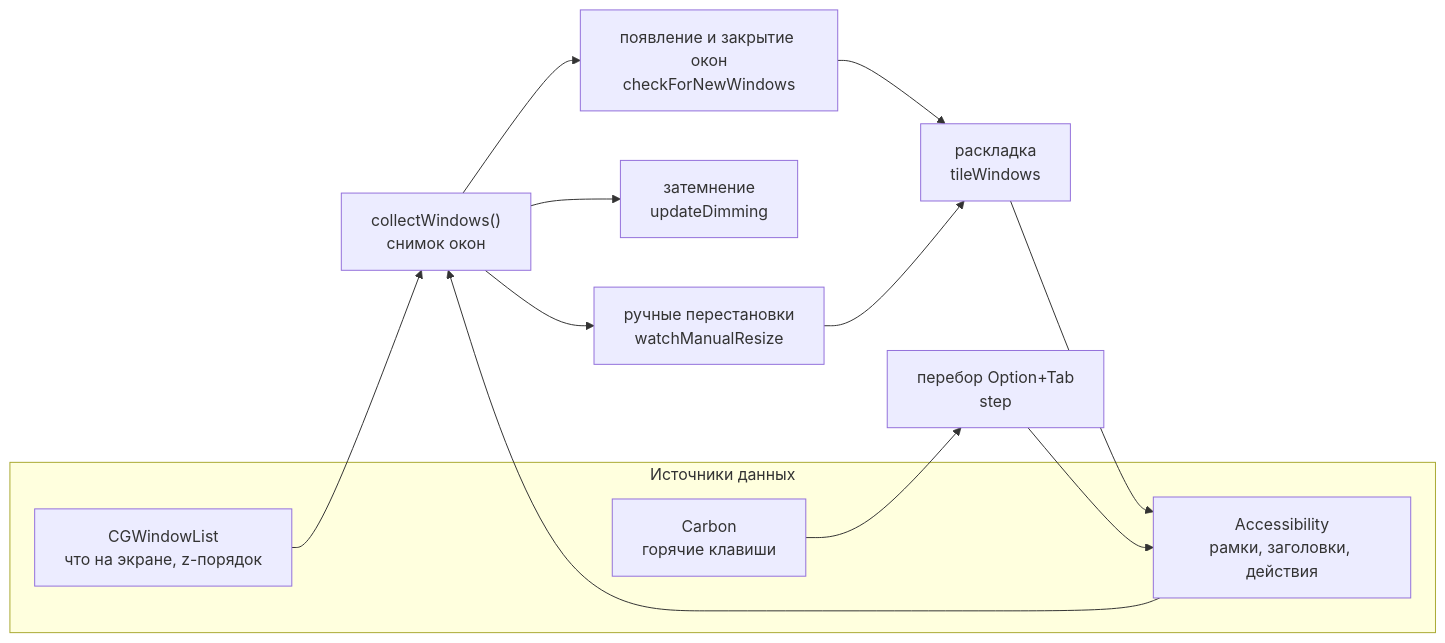
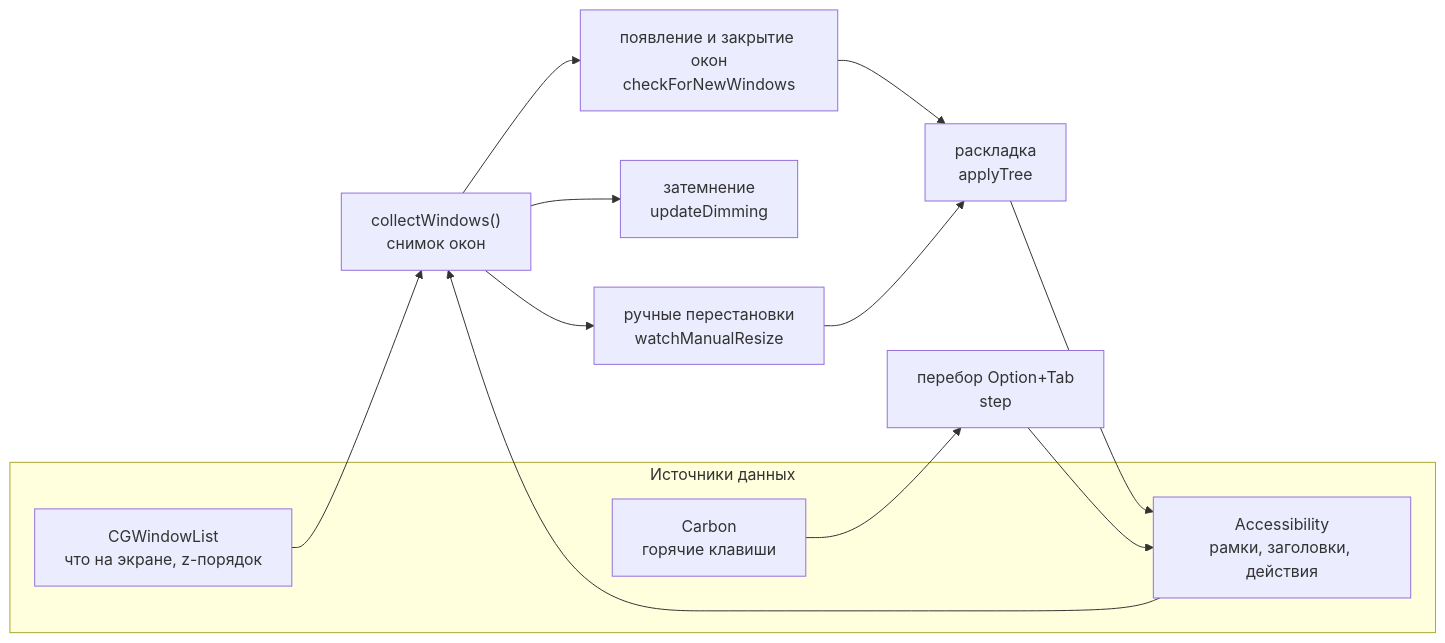
The first of 4 diagrams in DESIGN.md (asmithdots-debug/wincycle), drawn with Mermaid before and after one commit. The commit also changed other lines of this file and 2 other files, not shown here.

````diff
--- a/DESIGN.md
+++ b/DESIGN.md
@@ -13,21 +13,21 @@
 ```mermaid
 flowchart LR
     subgraph src [Источники данных]
         CG["CGWindowList<br/>что на экране, z-порядок"]
         AX["Accessibility<br/>рамки, заголовки, действия"]
         HK["Carbon<br/>горячие клавиши"]
     end
 
     CG --> S["collectWindows()<br/>снимок окон"]
     AX --> S
 
     S --> DIM["затемнение<br/>updateDimming"]
     S --> NEW["появление и закрытие окон<br/>checkForNewWindows"]
     S --> MAN["ручные перестановки<br/>watchManualResize"]
     HK --> CYC["перебор Option+Tab<br/>step"]
 
-    NEW --> TILE["раскладка<br/>tileWindows"]
+    NEW --> TILE["раскладка<br/>applyTree"]
     MAN --> TILE
     TILE --> AX
     CYC --> AX
 ```
````
